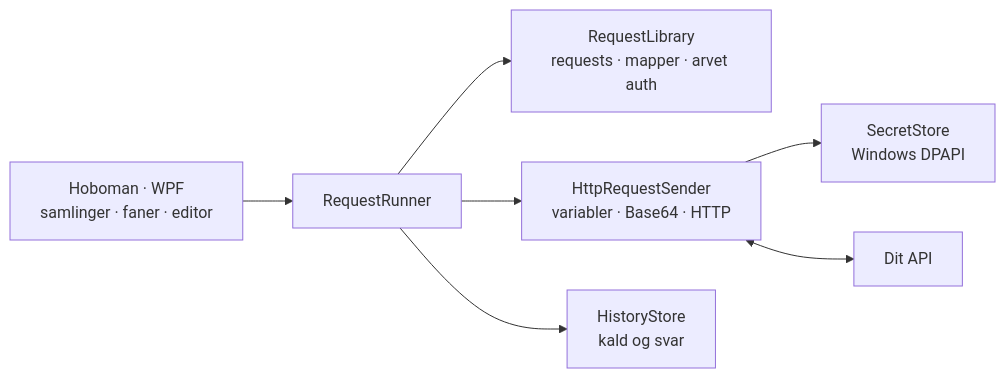
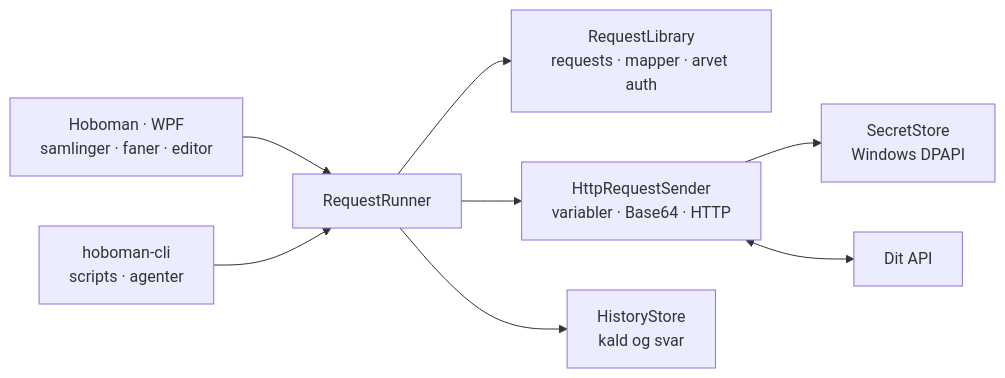
The diagram in README.md (JLandbo/hoboman), drawn with Mermaid before and after one commit. The commit also changed other lines of this file and 29 other files, not shown here.

````diff
--- a/README.md
+++ b/README.md
@@ -85,17 +86,19 @@
 ```mermaid
 flowchart LR
     UI["Hoboman · WPF<br/>samlinger · faner · editor"]
+    Cli["hoboman-cli<br/>scripts · agenter"]
     Runner["RequestRunner"]
     Library["RequestLibrary<br/>requests · mapper · arvet auth"]
     Sender["HttpRequestSender<br/>variabler · Base64 · HTTP"]
     Secrets["SecretStore<br/>Windows DPAPI"]
     History["HistoryStore<br/>kald og svar"]
     API["Dit API"]
 
     UI --> Runner
+    Cli --> Runner
     Runner --> Library
     Runner --> Sender
     Sender --> Secrets
     Sender <--> API
     Runner --> History
 ```
````
